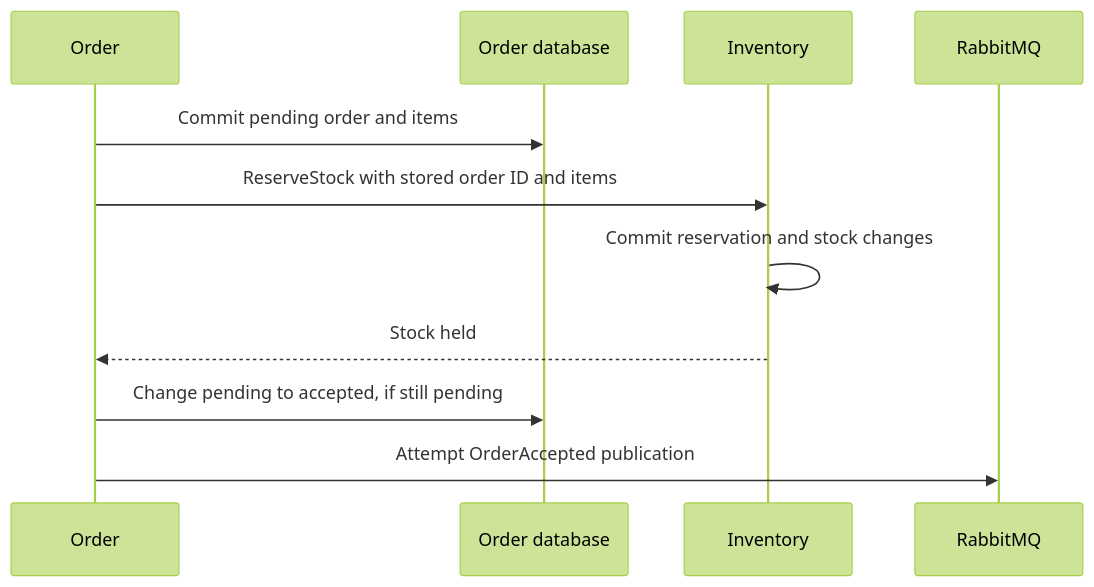
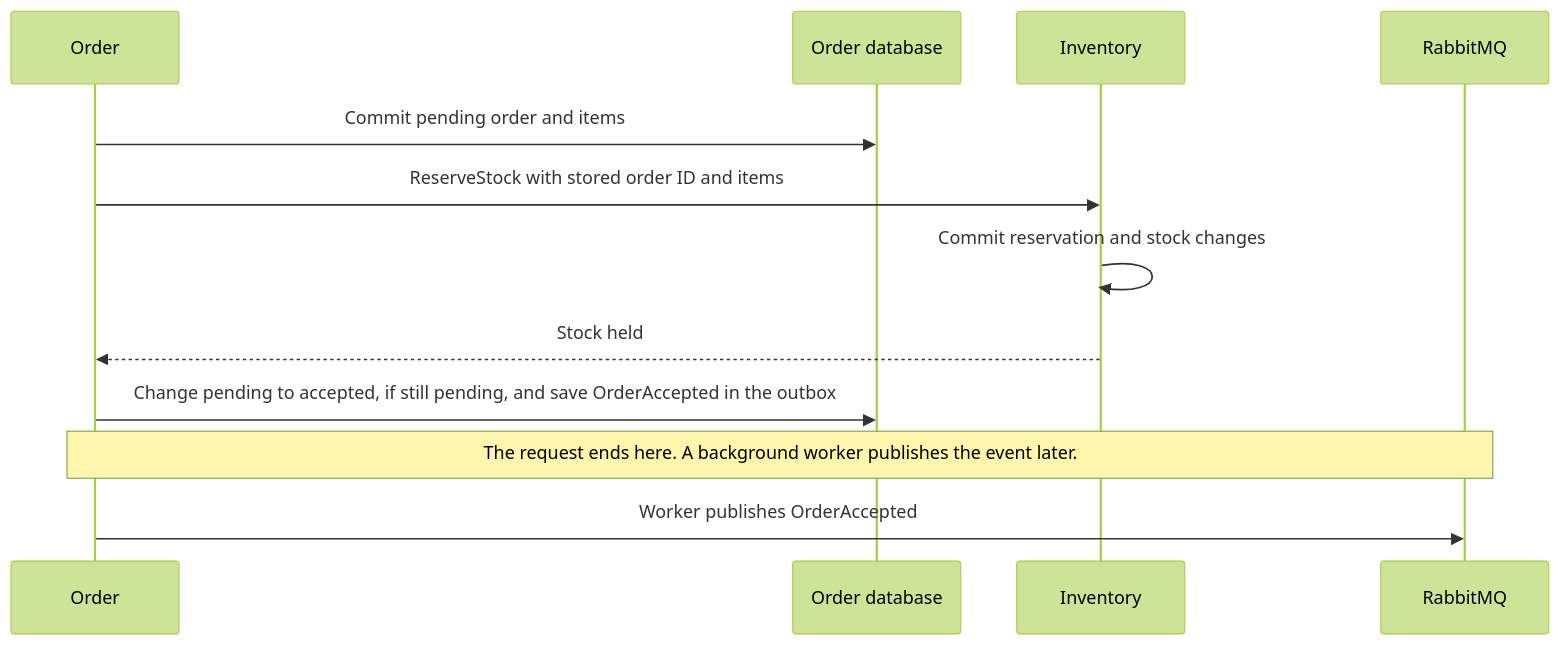
The first of 2 diagrams in ARCHITECTURE.md (mojtaba-gheytasi/go-order-system-showcase), drawn with Mermaid (forest theme) before and after one commit. The commit also changed other lines of this file and 5 other files, not shown here.

````diff
--- a/ARCHITECTURE.md
+++ b/ARCHITECTURE.md
@@ -81,13 +81,14 @@
 ```mermaid
 sequenceDiagram
     participant O as Order
     participant DB as Order database
     participant I as Inventory
     participant MQ as RabbitMQ
     O->>DB: Commit pending order and items
     O->>I: ReserveStock with stored order ID and items
     I->>I: Commit reservation and stock changes
     I-->>O: Stock held
-    O->>DB: Change pending to accepted, if still pending
-    O->>MQ: Attempt OrderAccepted publication
+    O->>DB: Change pending to accepted, if still pending, and save OrderAccepted in the outbox
+    Note over O,MQ: The request ends here. A background worker publishes the event later.
+    O->>MQ: Worker publishes OrderAccepted
 ```
````
